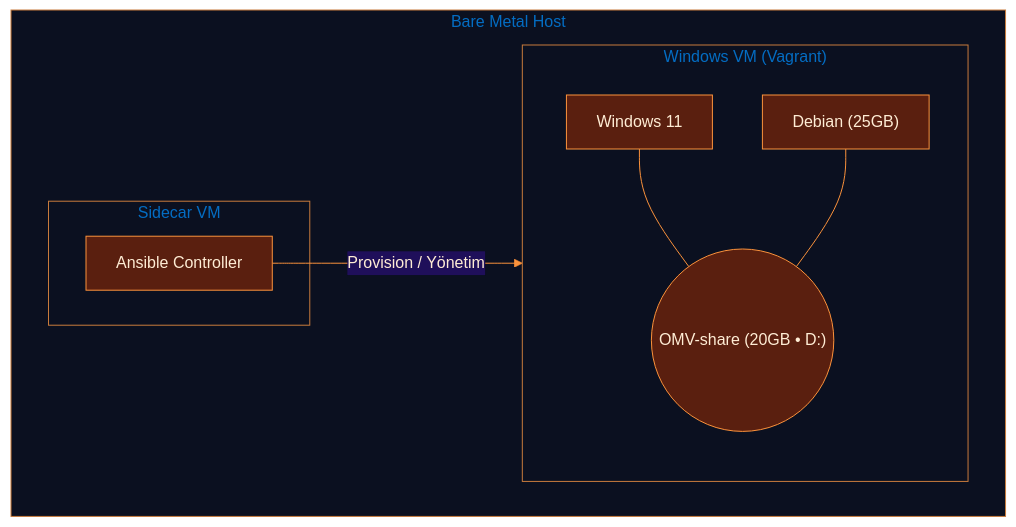
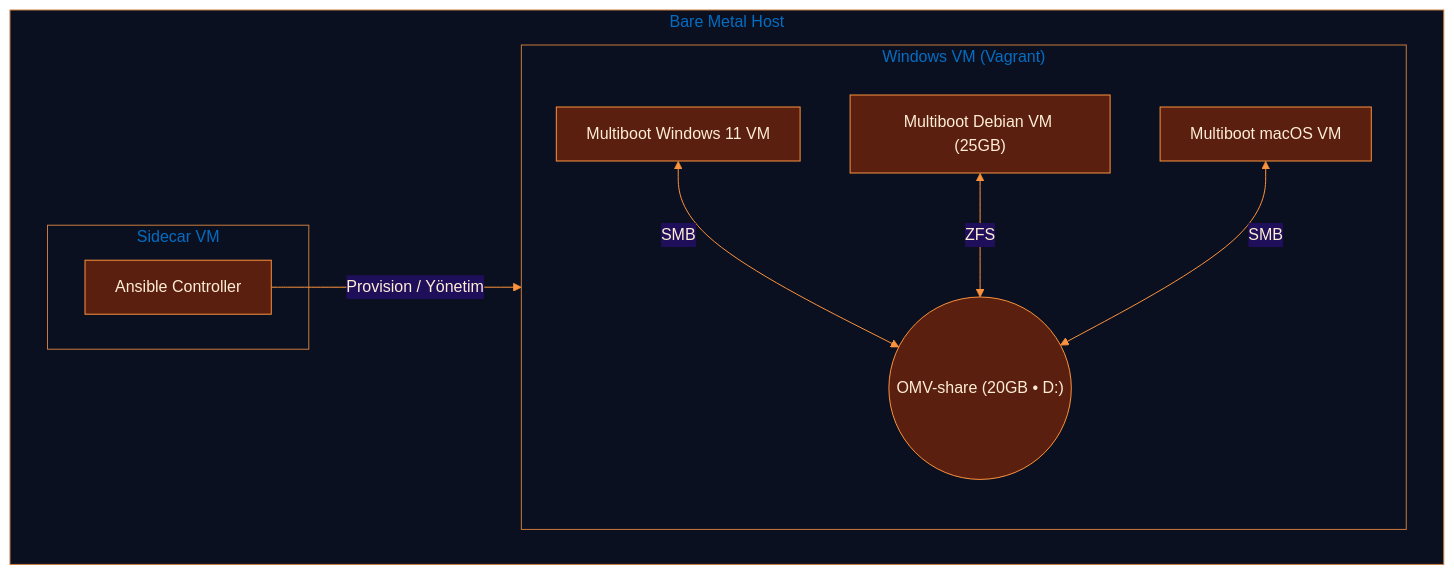
Before and after one commit to znach-lab/main-goal: the first of 2 diagrams in README.md, drawn with Mermaid. The commit also changed other lines of this file, not shown here.

````diff
--- a/README.md
+++ b/README.md
@@ -5,38 +5,43 @@
 ```mermaid
 %%{init: {'theme':'base', 'themeVariables': {
   'primaryColor': '#5a1f0f',
   'primaryBorderColor': '#fb923c',
   'primaryTextColor': '#ffedd5',
   'lineColor': '#fb923c',
   'tertiaryColor': '#fb923c',
   'clusterBkg': '#0b1020',
   'clusterBorderColor': '#f97316',
   'fontFamily': 'Inter, ui-sans-serif, system-ui'
 }}}%%
 
 flowchart TB
 
   %% Bare Metal Host (2 VM içerir)
   subgraph HOST["Bare Metal Host"]
     direction LR
 
     %% Sidecar VM
     subgraph VM1["Sidecar VM"]
       ANS["Ansible Controller"]
     end
 
     %% Vagrant ile oluşturulmuş Windows VM
     subgraph VM2["Windows VM (Vagrant)"]
       direction TB
-      WIN["Windows 11"]
-      DEB["Debian (25GB)"]
+      WIN["Multiboot Windows 11 VM"]
+      DEB["Multiboot Debian VM (25GB)"]
+      MAC["Multiboot macOS VM"]
       OMV(("OMV-share (20GB • D:)"))
     end
   end
 
   %% İlişkiler
   ANS -->|Provision / Yönetim| VM2
-  WIN --- OMV
-  DEB --- OMV
+
+  %% Çift yönlü bağlantılar
+  WIN <-->|SMB| OMV
+  DEB <-->|ZFS| OMV
+  MAC <-->|SMB| OMV
+
 
 ```
````
